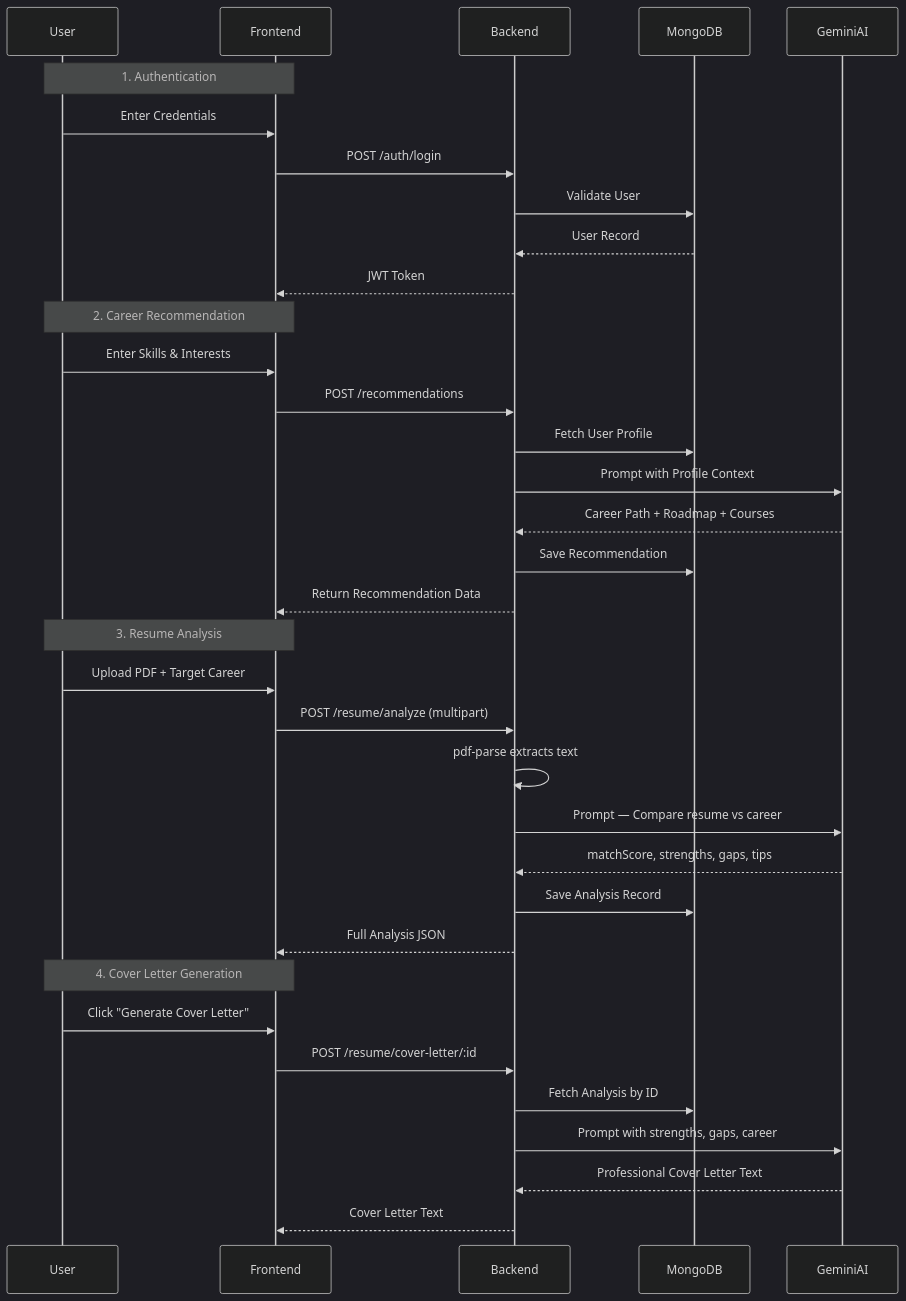
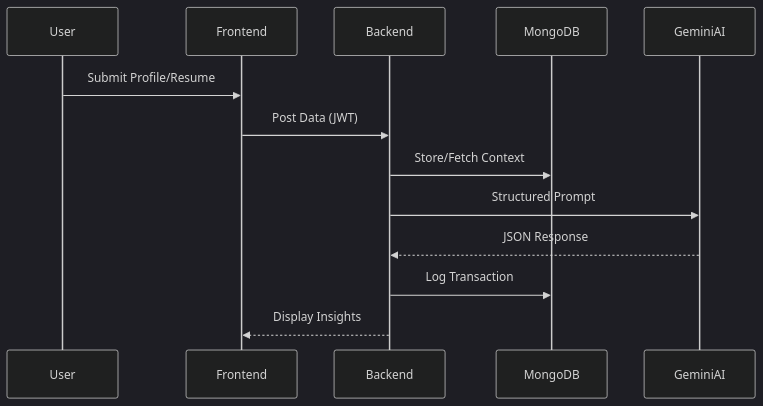
The diagram in Project_Report.md (ishikaaa18/PathFinder-AI), drawn with Mermaid (dark theme) before and after one commit. The commit also changed other lines of this file and 8 other files, not shown here.

````diff
--- a/Project_Report.md
+++ b/Project_Report.md
@@ -227,41 +291,16 @@
 ```mermaid
 sequenceDiagram
     participant User
     participant Frontend
     participant Backend
     participant MongoDB
     participant GeminiAI
 
-    Note over User, Frontend: 1. Authentication
-    User->>Frontend: Enter Credentials
-    Frontend->>Backend: POST /auth/login
-    Backend->>MongoDB: Validate User
-    MongoDB-->>Backend: User Record
-    Backend-->>Frontend: JWT Token
-
-    Note over User, Frontend: 2. Career Recommendation
-    User->>Frontend: Enter Skills & Interests
-    Frontend->>Backend: POST /recommendations
-    Backend->>MongoDB: Fetch User Profile
-    Backend->>GeminiAI: Prompt with Profile Context
-    GeminiAI-->>Backend: Career Path + Roadmap + Courses
-    Backend->>MongoDB: Save Recommendation
-    Backend-->>Frontend: Return Recommendation Data
-
-    Note over User, Frontend: 3. Resume Analysis
-    User->>Frontend: Upload PDF + Target Career
-    Frontend->>Backend: POST /resume/analyze (multipart)
-    Backend->>Backend: pdf-parse extracts text
-    Backend->>GeminiAI: Prompt — Compare resume vs career
-    GeminiAI-->>Backend: matchScore, strengths, gaps, tips
-    Backend->>MongoDB: Save Analysis Record
-    Backend-->>Frontend: Full Analysis JSON
-
-    Note over User, Frontend: 4. Cover Letter Generation
-    User->>Frontend: Click "Generate Cover Letter"
-    Frontend->>Backend: POST /resume/cover-letter/:id
-    Backend->>MongoDB: Fetch Analysis by ID
-    Backend->>GeminiAI: Prompt with strengths, gaps, career
-    GeminiAI-->>Backend: Professional Cover Letter Text
-    Backend-->>Frontend: Cover Letter Text
+    User->>Frontend: Submit Profile/Resume
+    Frontend->>Backend: Post Data (JWT)
+    Backend->>MongoDB: Store/Fetch Context
+    Backend->>GeminiAI: Structured Prompt
+    GeminiAI-->>Backend: JSON Response
+    Backend->>MongoDB: Log Transaction
+    Backend-->>Frontend: Display Insights
 ```
````
